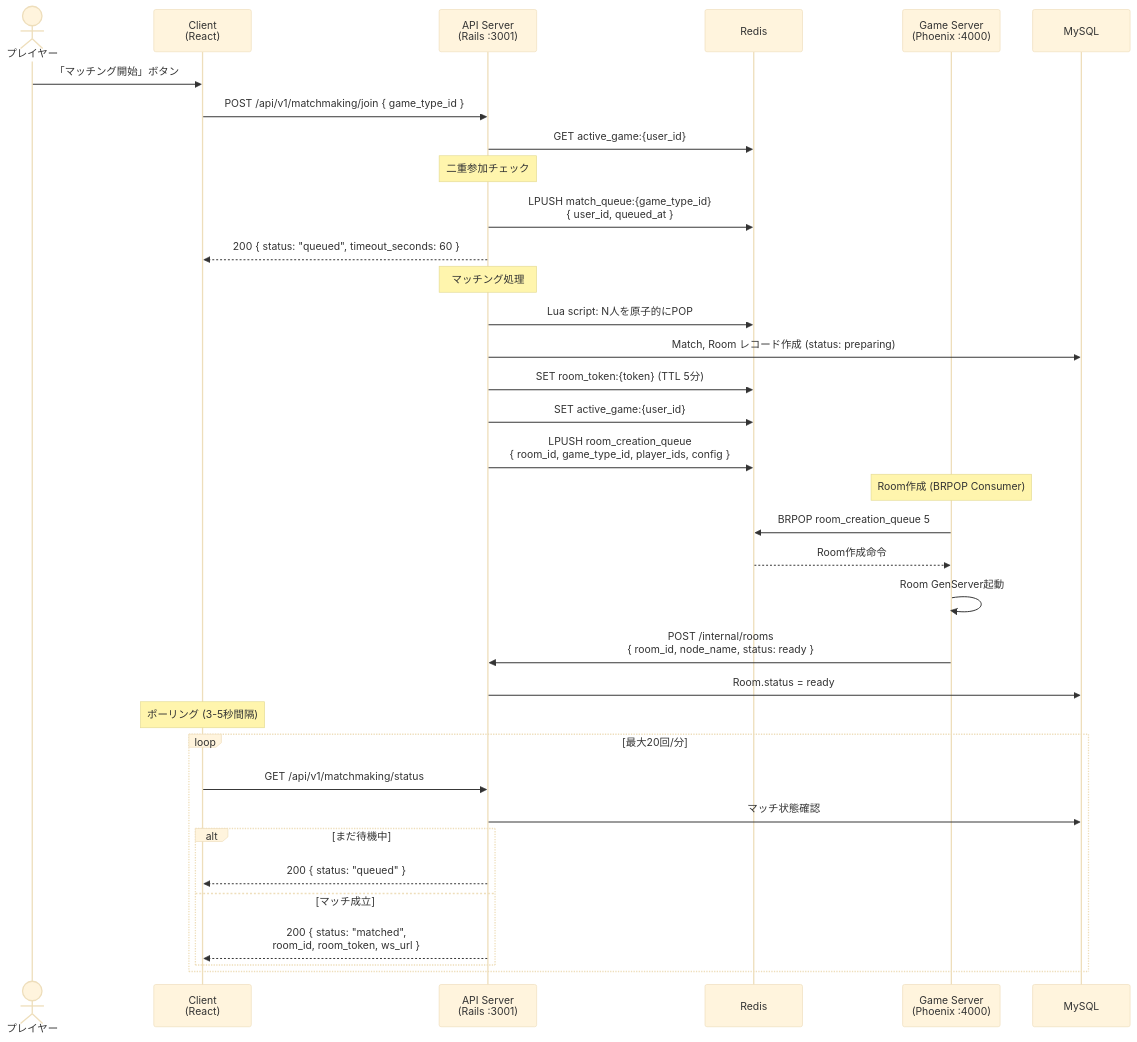
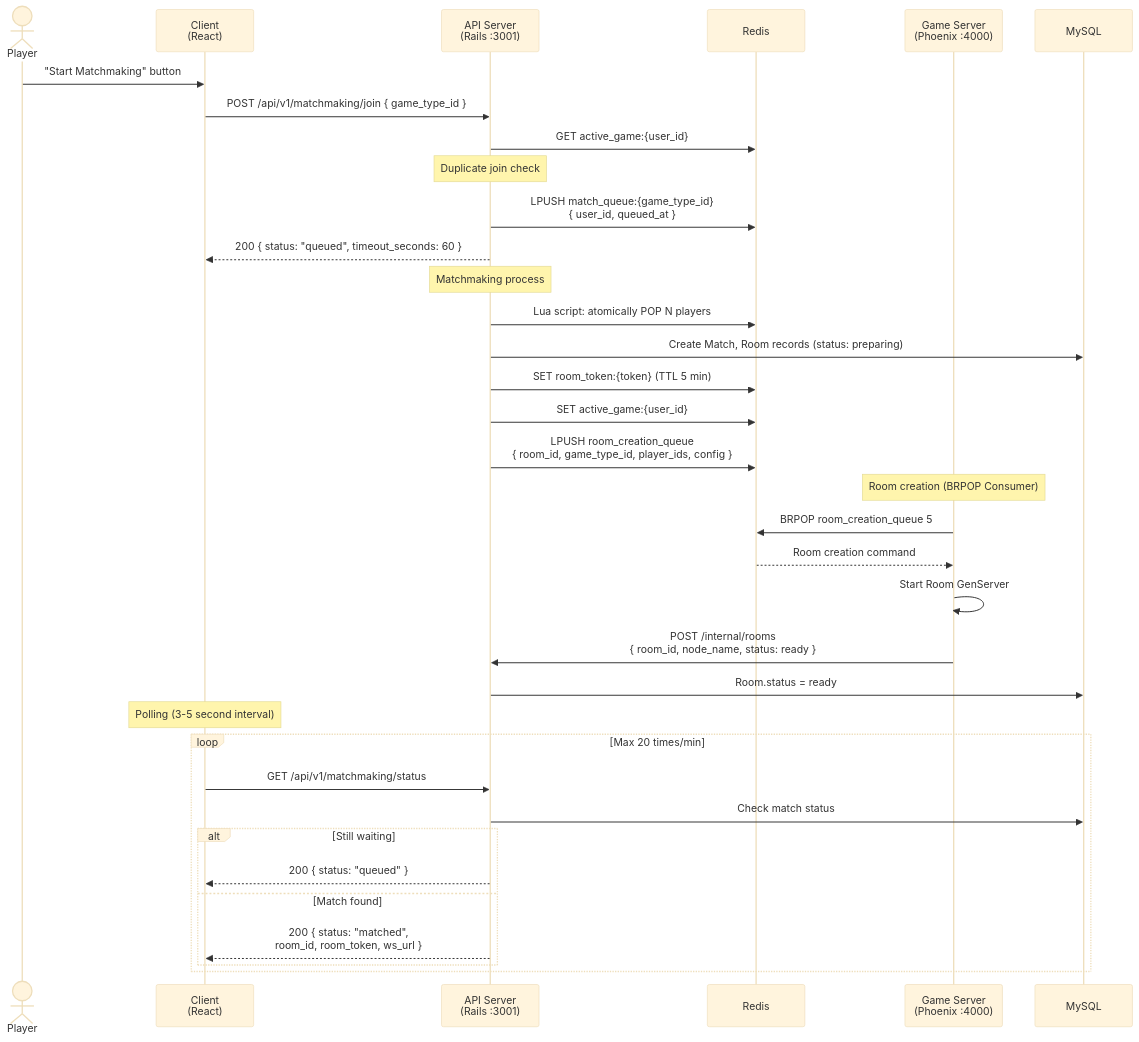
One commit to naokirin/room-based-multiplayer-poc changed the second of 8 diagrams in docs/sequences.md. Above: the diagram before and after it, drawn with Mermaid (base theme). The commit also changed other lines of this file and 3 other files, not shown here.

````diff
--- a/docs/sequences.md
+++ b/docs/sequences.md
@@ -38,43 +38,43 @@
 ```mermaid
 sequenceDiagram
-    actor Player as プレイヤー
+    actor Player as Player
     participant Client as Client<br/>(React)
     participant API as API Server<br/>(Rails :3001)
     participant Redis as Redis
     participant Game as Game Server<br/>(Phoenix :4000)
     participant DB as MySQL
 
-    Player->>Client: 「マッチング開始」ボタン
+    Player->>Client: "Start Matchmaking" button
     Client->>API: POST /api/v1/matchmaking/join { game_type_id }
 
     API->>Redis: GET active_game:{user_id}
-    Note over API: 二重参加チェック
+    Note over API: Duplicate join check
 
     API->>Redis: LPUSH match_queue:{game_type_id}<br/>{ user_id, queued_at }
     API-->>Client: 200 { status: "queued", timeout_seconds: 60 }
 
-    Note over API: マッチング処理
-    API->>Redis: Lua script: N人を原子的にPOP
-    API->>DB: Match, Room レコード作成 (status: preparing)
-    API->>Redis: SET room_token:{token} (TTL 5分)
+    Note over API: Matchmaking process
+    API->>Redis: Lua script: atomically POP N players
+    API->>DB: Create Match, Room records (status: preparing)
+    API->>Redis: SET room_token:{token} (TTL 5 min)
     API->>Redis: SET active_game:{user_id}
     API->>Redis: LPUSH room_creation_queue<br/>{ room_id, game_type_id, player_ids, config }
 
-    Note over Game: Room作成 (BRPOP Consumer)
+    Note over Game: Room creation (BRPOP Consumer)
     Game->>Redis: BRPOP room_creation_queue 5
-    Redis-->>Game: Room作成命令
-    Game->>Game: Room GenServer起動
+    Redis-->>Game: Room creation command
+    Game->>Game: Start Room GenServer
     Game->>API: POST /internal/rooms<br/>{ room_id, node_name, status: ready }
     API->>DB: Room.status = ready
 
-    Note over Client: ポーリング (3-5秒間隔)
-    loop 最大20回/分
+    Note over Client: Polling (3-5 second interval)
+    loop Max 20 times/min
         Client->>API: GET /api/v1/matchmaking/status
-        API->>DB: マッチ状態確認
-        alt まだ待機中
+        API->>DB: Check match status
+        alt Still waiting
             API-->>Client: 200 { status: "queued" }
-        else マッチ成立
+        else Match found
             API-->>Client: 200 { status: "matched",<br/>room_id, room_token, ws_url }
         end
     end
 ```
````
